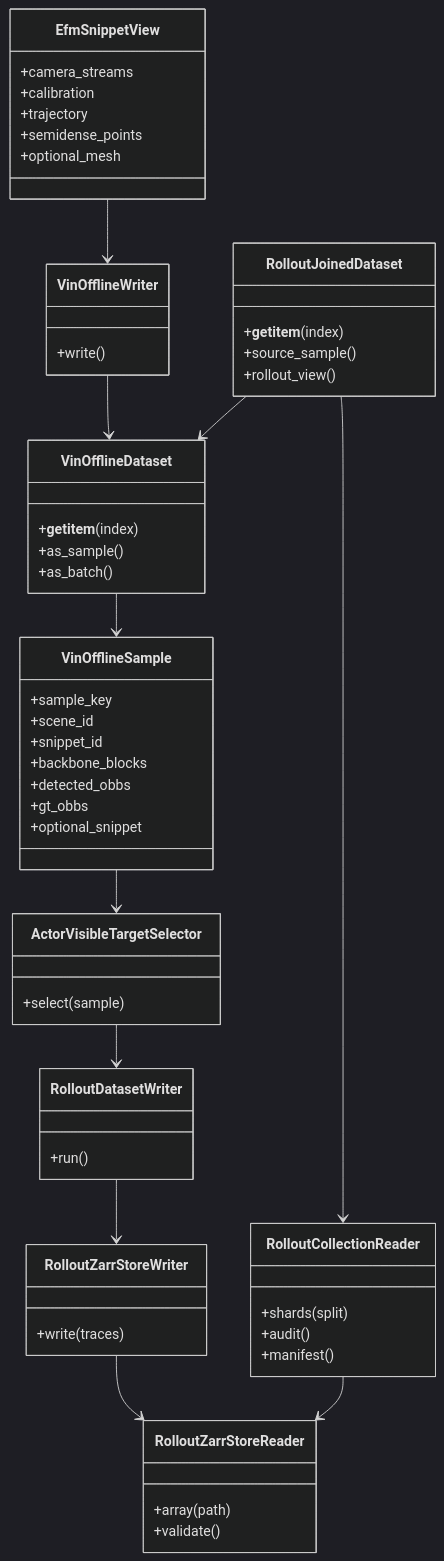
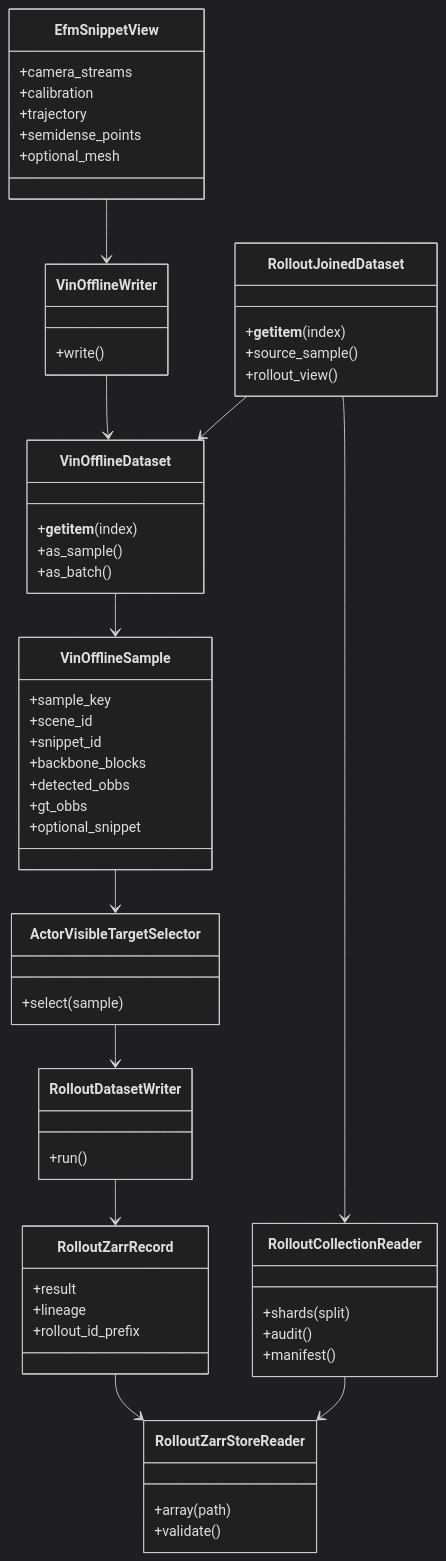
One commit to JanDuchscherer104/ARIA-NBV changed the second of 4 diagrams in aria_nbv/aria_nbv/data_handling/README.md. Above: the diagram before and after it, drawn with Mermaid (dark theme). The commit also changed other lines of this file and 85 other files, not shown here.

First line of the commit message:
refactor: simplify rollout replay store

````diff
--- a/aria_nbv/aria_nbv/data_handling/README.md
+++ b/aria_nbv/aria_nbv/data_handling/README.md
@@ -85,70 +111,72 @@
 ```mermaid
 classDiagram
   class EfmSnippetView {
     +camera_streams
     +calibration
     +trajectory
     +semidense_points
     +optional_mesh
   }
 
   class VinOfflineWriter {
     +write()
   }
 
   class VinOfflineDataset {
     +__getitem__(index)
     +as_sample()
     +as_batch()
   }
 
   class VinOfflineSample {
     +sample_key
     +scene_id
     +snippet_id
     +backbone_blocks
     +detected_obbs
     +gt_obbs
     +optional_snippet
   }
 
   class ActorVisibleTargetSelector {
     +select(sample)
   }
 
   class RolloutDatasetWriter {
     +run()
   }
 
-  class RolloutZarrStoreWriter {
-    +write(traces)
+  class RolloutZarrRecord {
+    +result
+    +lineage
+    +rollout_id_prefix
   }
 
   class RolloutZarrStoreReader {
     +array(path)
     +validate()
   }
 
   class RolloutCollectionReader {
     +shards(split)
     +audit()
     +manifest()
   }
 
   class RolloutJoinedDataset {
     +__getitem__(index)
     +source_sample()
     +rollout_view()
   }
 
   EfmSnippetView --> VinOfflineWriter
   VinOfflineWriter --> VinOfflineDataset
   VinOfflineDataset --> VinOfflineSample
   VinOfflineSample --> ActorVisibleTargetSelector
   ActorVisibleTargetSelector --> RolloutDatasetWriter
-  RolloutDatasetWriter --> RolloutZarrStoreWriter
-  RolloutZarrStoreWriter --> RolloutZarrStoreReader
+  RolloutDatasetWriter --> RolloutZarrRecord
+  RolloutZarrRecord --> RolloutZarrStoreReader
   RolloutCollectionReader --> RolloutZarrStoreReader
   RolloutJoinedDataset --> VinOfflineDataset
   RolloutJoinedDataset --> RolloutCollectionReader
 ```
````
